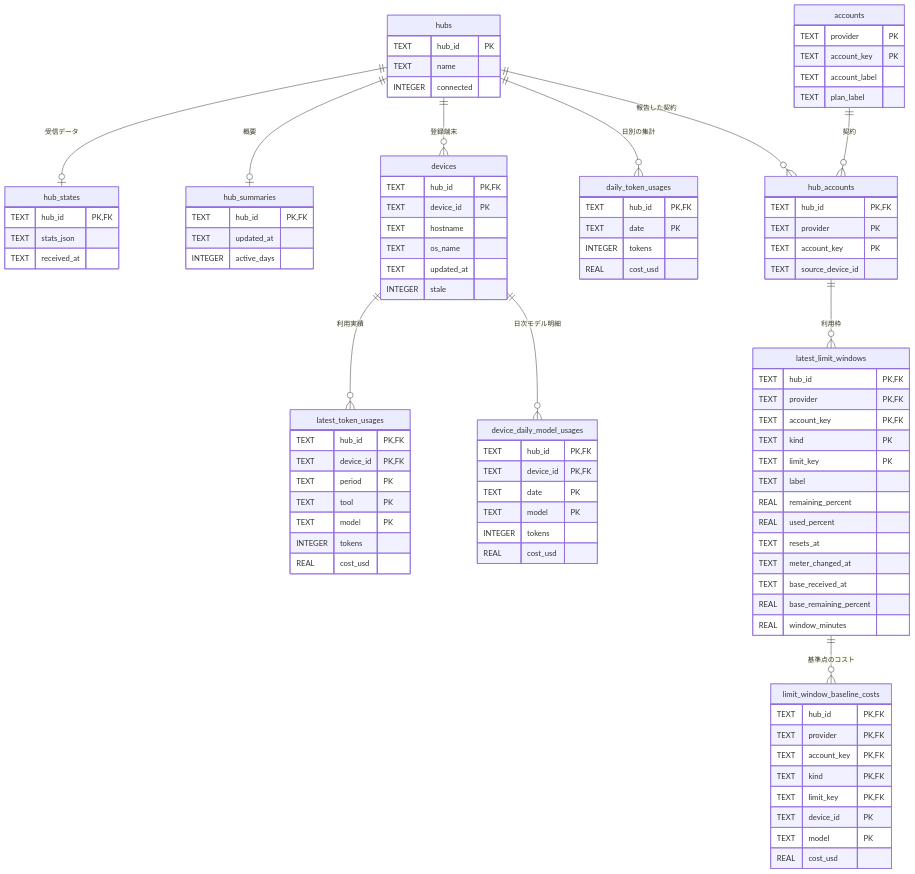
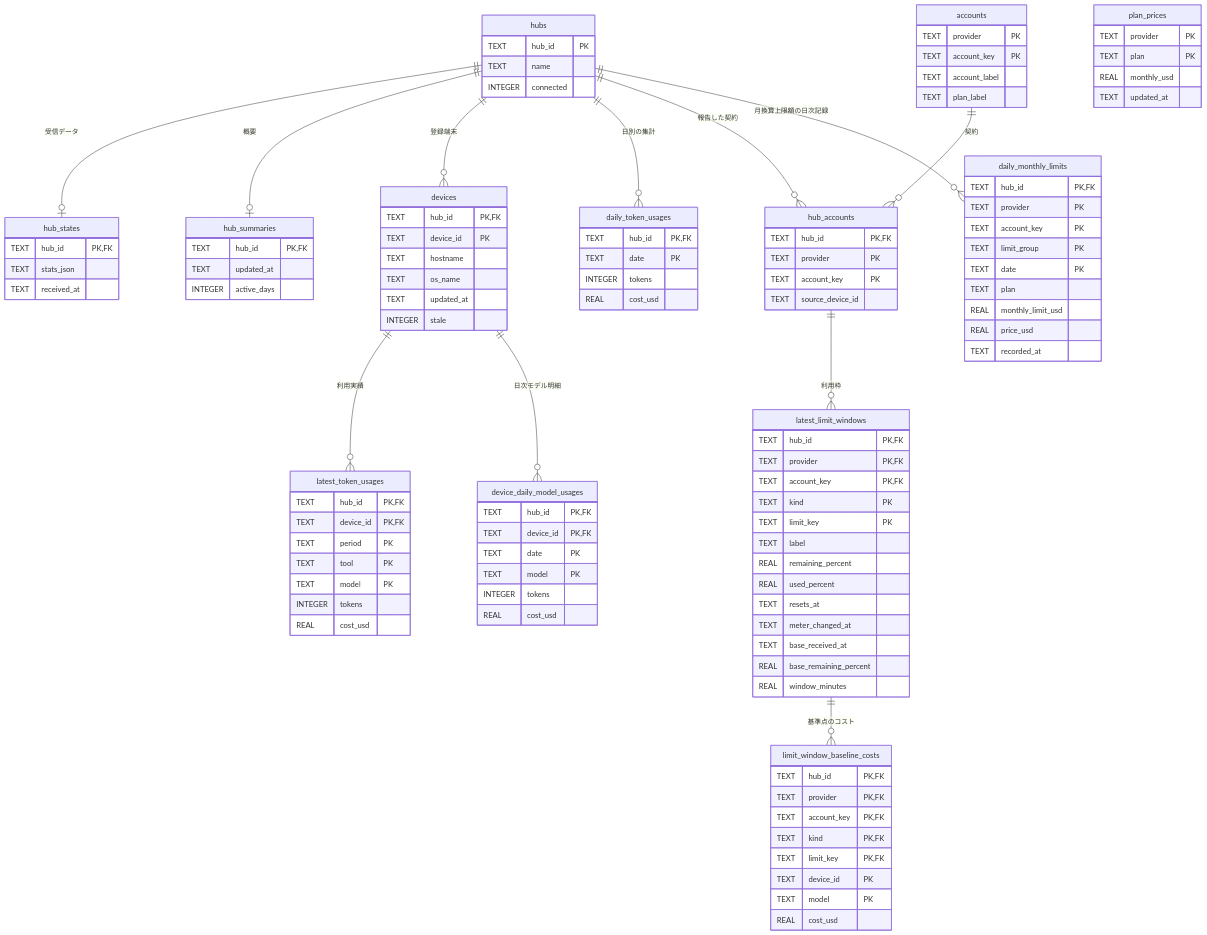
Before and after one commit to nuitsjp/multi-token-monitor: the diagram in docs/design/data.md, drawn with Mermaid. The commit also changed other lines of this file and 21 other files, not shown here.

````diff
--- a/docs/design/data.md
+++ b/docs/design/data.md
@@ -16,6 +17,7 @@
   hub_accounts ||--o{ latest_limit_windows : "利用枠"
   latest_limit_windows ||--o{ limit_window_baseline_costs : "基準点のコスト"
   devices ||--o{ device_daily_model_usages : "日次モデル明細"
+  hubs ||--o{ daily_monthly_limits : "月換算上限額の日次記録"
   hubs {
     TEXT hub_id PK
     TEXT name
@@ -99,4 +101,21 @@
     TEXT model PK
     REAL cost_usd
   }
+  plan_prices {
+    TEXT provider PK
+    TEXT plan PK
+    REAL monthly_usd
+    TEXT updated_at
+  }
+  daily_monthly_limits {
+    TEXT hub_id PK,FK
+    TEXT provider PK
+    TEXT account_key PK
+    TEXT limit_group PK
+    TEXT date PK
+    TEXT plan
+    REAL monthly_limit_usd
+    REAL price_usd
+    TEXT recorded_at
+  }
 ```
````
